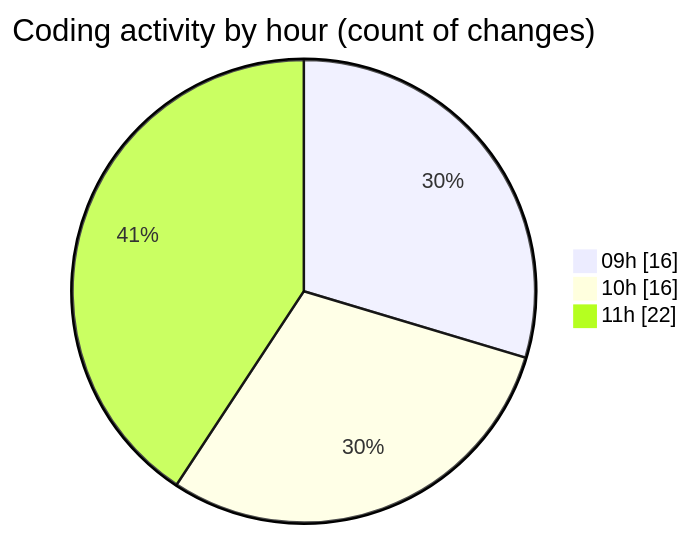
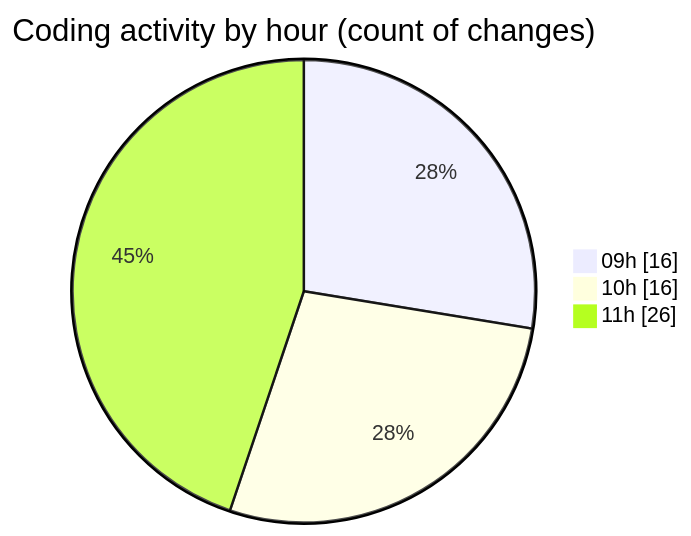
Before and after one commit to momahboobian/code-tracking: the second of 2 diagrams in 2025-07-04/cda/README.md, drawn with Mermaid. The commit also changed other lines of this file and 1 other file, not shown here.

````diff
--- a/2025-07-04/cda/README.md
+++ b/2025-07-04/cda/README.md
@@ -42,7 +43,7 @@
 ```mermaid
 pie showData
 title Coding activity by hour (count of changes)
 "09h" : 16
 "10h" : 16
-"11h" : 22
+"11h" : 26
 ```
````
